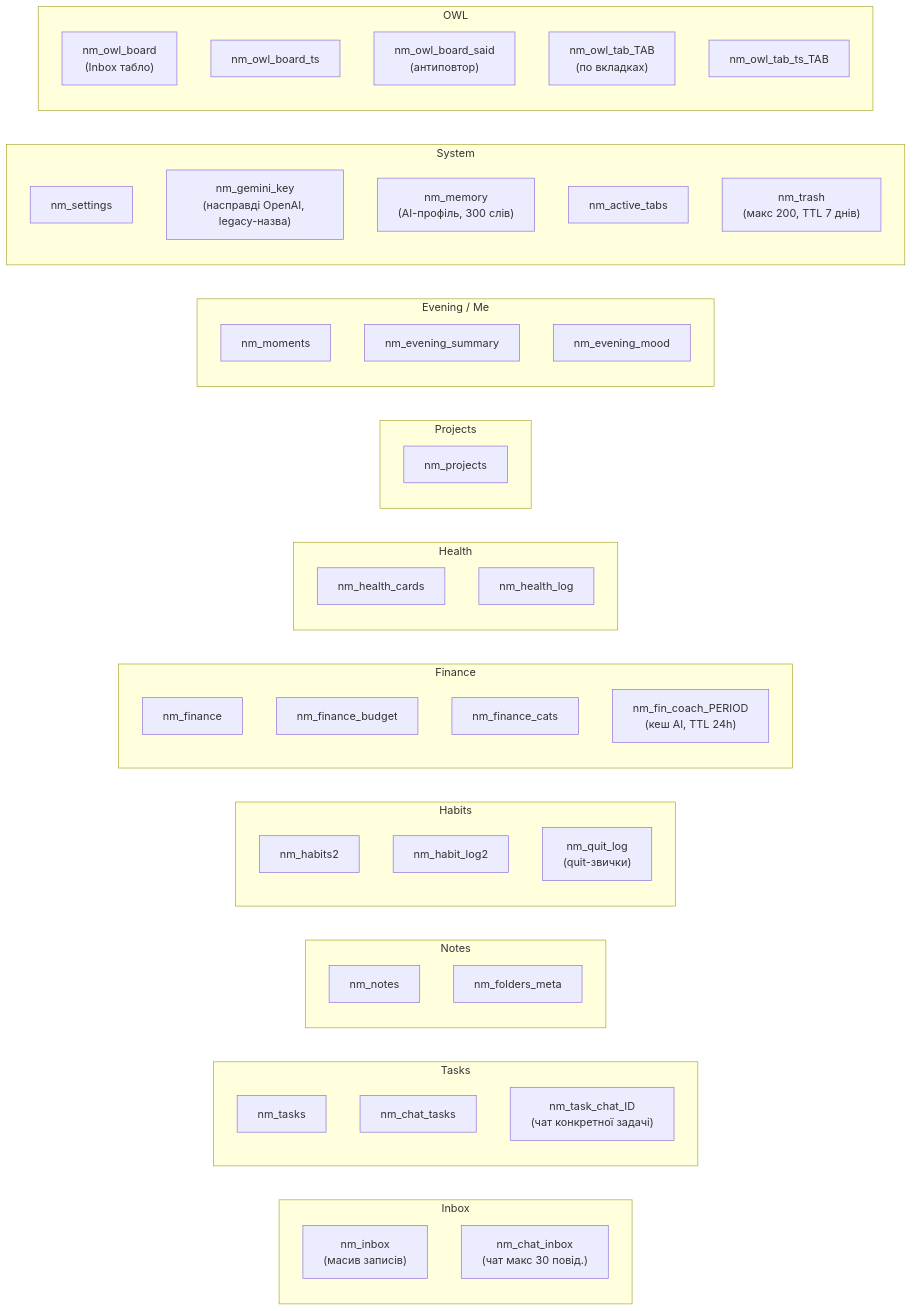
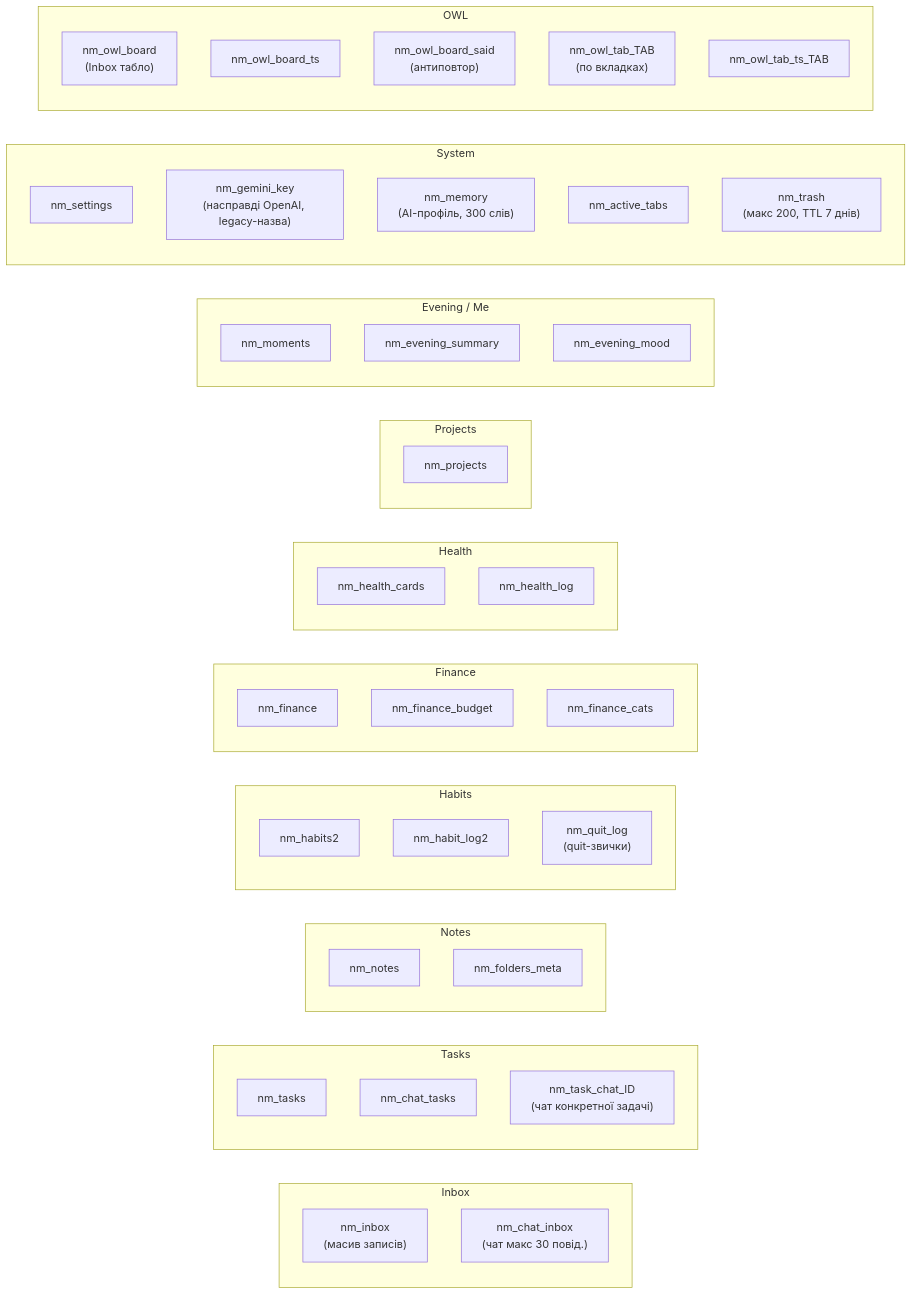
One commit to OWLs68/NeverMind changed the third of 6 diagrams in docs/ARCHITECTURE.md. Above: the diagram before and after it, drawn with Mermaid. The commit also changed 8 other files, not shown here.

````diff
--- a/docs/ARCHITECTURE.md
+++ b/docs/ARCHITECTURE.md
@@ -137,62 +137,61 @@
 ```mermaid
 graph LR
     subgraph "Inbox"
         NI["nm_inbox<br/>(масив записів)"]
         NCI["nm_chat_inbox<br/>(чат макс 30 повід.)"]
     end
 
     subgraph "Tasks"
         NT["nm_tasks"]
         NCT["nm_chat_tasks"]
         NTC["nm_task_chat_ID<br/>(чат конкретної задачі)"]
     end
 
     subgraph "Notes"
         NN["nm_notes"]
         NF["nm_folders_meta"]
     end
 
     subgraph "Habits"
         NH["nm_habits2"]
         NHL["nm_habit_log2"]
         NQL["nm_quit_log<br/>(quit-звички)"]
     end
 
     subgraph "Finance"
         NFI["nm_finance"]
         NFB["nm_finance_budget"]
         NFC["nm_finance_cats"]
-        NFCO["nm_fin_coach_PERIOD<br/>(кеш AI, TTL 24h)"]
     end
 
     subgraph "Health"
         NHC["nm_health_cards"]
         NHL2["nm_health_log"]
     end
 
     subgraph "Projects"
         NP["nm_projects"]
     end
 
     subgraph "Evening / Me"
         NM["nm_moments"]
         NES["nm_evening_summary"]
         NEM["nm_evening_mood"]
     end
 
     subgraph "System"
         NS["nm_settings"]
         NGK["nm_gemini_key<br/>(насправді OpenAI, legacy-назва)"]
         NME["nm_memory<br/>(AI-профіль, 300 слів)"]
         NAT["nm_active_tabs"]
         NTR["nm_trash<br/>(макс 200, TTL 7 днів)"]
     end
 
     subgraph "OWL"
         NOB["nm_owl_board<br/>(Inbox табло)"]
         NOBT["nm_owl_board_ts"]
         NOBS["nm_owl_board_said<br/>(антиповтор)"]
         NOTB["nm_owl_tab_TAB<br/>(по вкладках)"]
         NOTBT["nm_owl_tab_ts_TAB"]
     end
 ```
````
